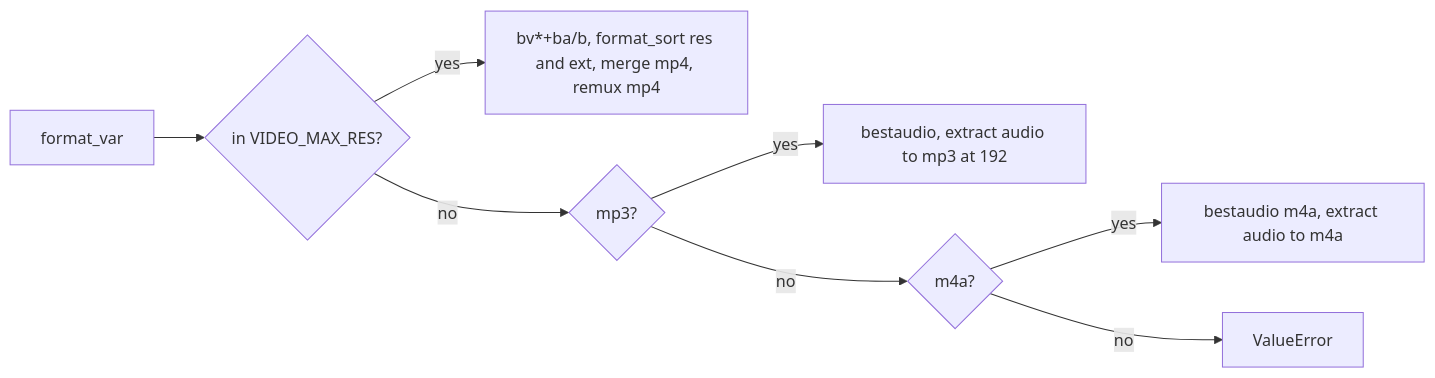
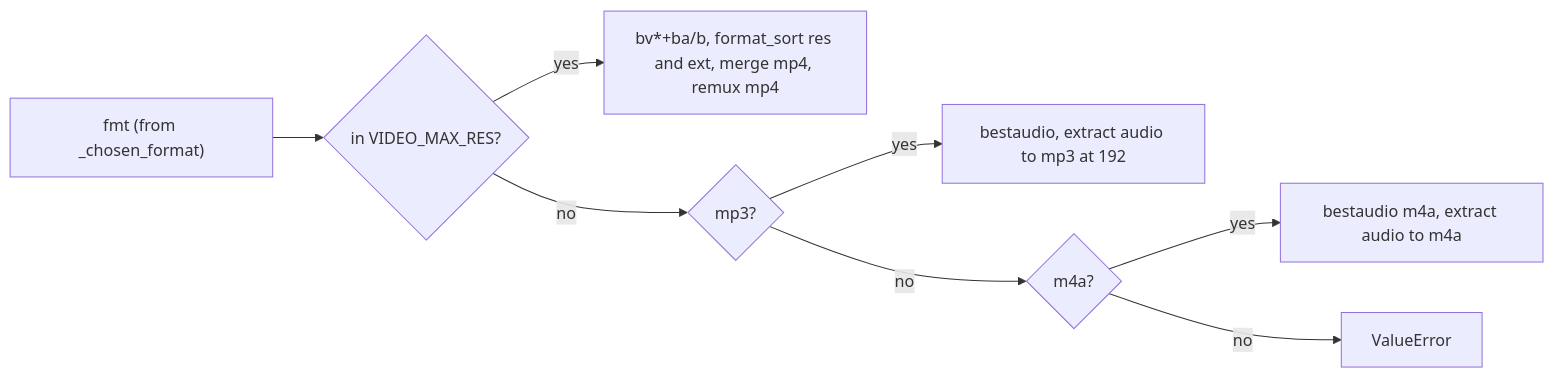
The diagram in docs/wiki/05-formats-ffmpeg.md (lifeupnorth/YouTubeDownloader), drawn with Mermaid before and after one commit. The commit also changed other lines of this file and 24 other files, not shown here.

````diff
--- a/docs/wiki/05-formats-ffmpeg.md
+++ b/docs/wiki/05-formats-ffmpeg.md
@@ -42,10 +42,10 @@
 ```mermaid
 flowchart LR
-    choice["format_var"] --> isVideo{"in VIDEO_MAX_RES?"}
+    choice["fmt (from _chosen_format)"] --> isVideo{"in VIDEO_MAX_RES?"}
     isVideo -- yes --> vopts["bv*+ba/b, format_sort res and ext, merge mp4, remux mp4"]
     isVideo -- no --> isMp3{"mp3?"}
     isMp3 -- yes --> mp3["bestaudio, extract audio to mp3 at 192"]
     isMp3 -- no --> isM4a{"m4a?"}
     isM4a -- yes --> m4a["bestaudio m4a, extract audio to m4a"]
     isM4a -- no --> err["ValueError"]
 ```
````
